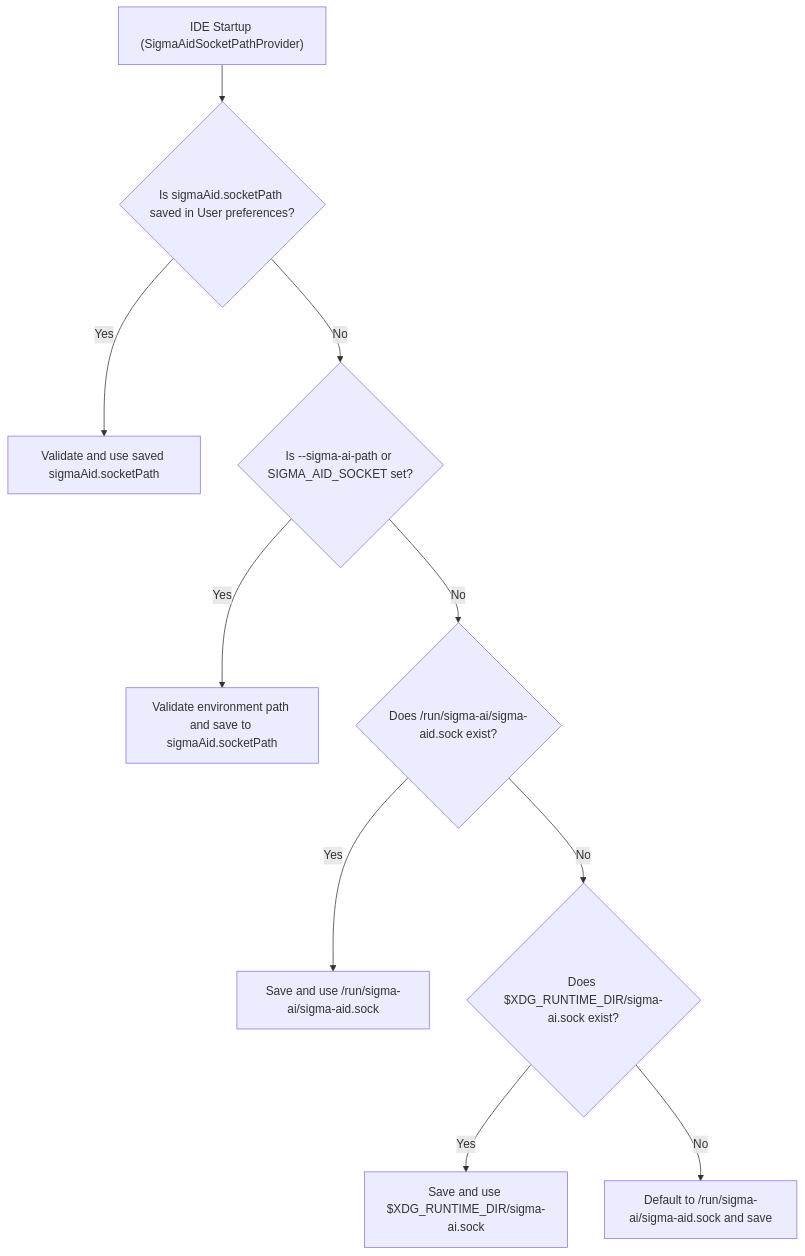
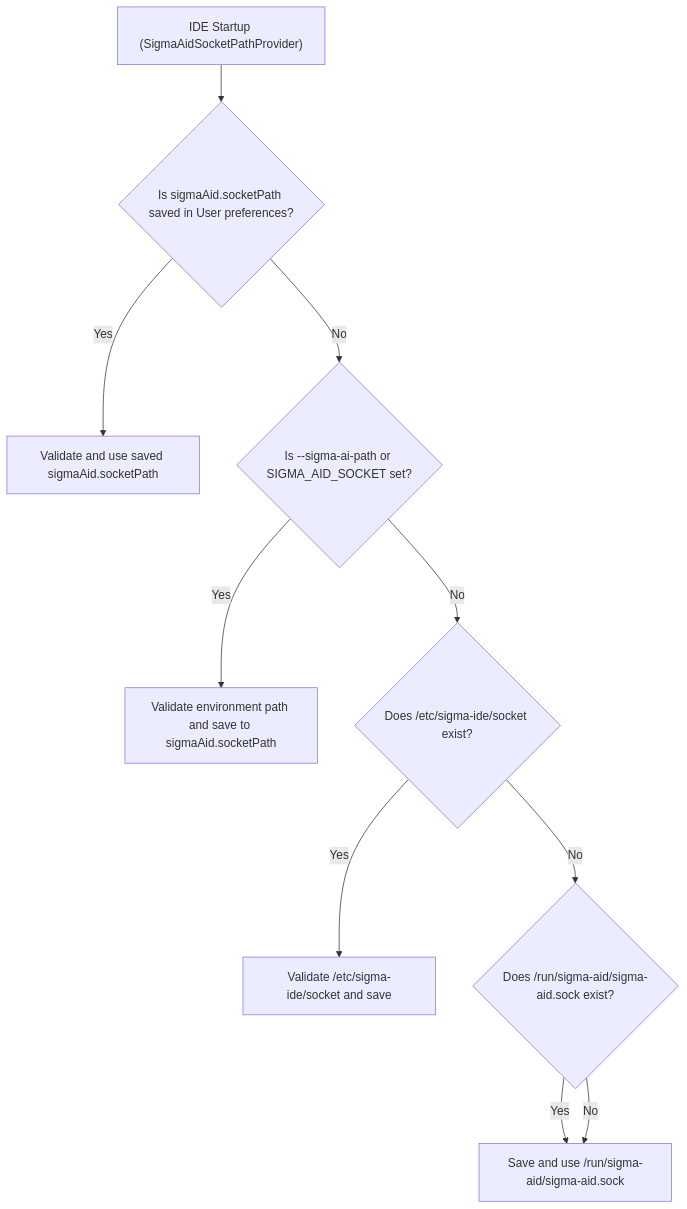
Before and after one commit to vargalabs/docs: the diagram in content/sigma-ide/install-and-run.md, drawn with Mermaid. The commit also changed other lines of this file and 24 other files, not shown here.

Commit message:
[no-issue]:svarga:docs, migrate exploratory product family documentation and architecture pages to dev

````diff
--- a/content/sigma-ide/install-and-run.md
+++ b/content/sigma-ide/install-and-run.md
@@ -66,23 +45,22 @@
 ```mermaid
 flowchart TD
     Start["IDE Startup (SigmaAidSocketPathProvider)"]
     Stored{"Is sigmaAid.socketPath saved in User preferences?"}
     UseStored["Validate and use saved sigmaAid.socketPath"]
     EnvCheck{"Is --sigma-ai-path or SIGMA_AID_SOCKET set?"}
     UseEnv["Validate environment path and save to sigmaAid.socketPath"]
-    SysCheck{"Does /run/sigma-ai/sigma-aid.sock exist?"}
-    UseSys["Save and use /run/sigma-ai/sigma-aid.sock"]
-    UserCheck{"Does $XDG_RUNTIME_DIR/sigma-ai.sock exist?"}
-    UseUser["Save and use $XDG_RUNTIME_DIR/sigma-ai.sock"]
-    Fallback["Default to /run/sigma-ai/sigma-aid.sock and save"]
+    DropIn{"Does /etc/sigma-ide/socket exist?"}
+    UseDropIn["Validate /etc/sigma-ide/socket and save"]
+    SysCheck{"Does /run/sigma-aid/sigma-aid.sock exist?"}
+    UseSys["Save and use /run/sigma-aid/sigma-aid.sock"]
 
     Start --> Stored
     Stored -->|"Yes"| UseStored
     Stored -->|"No"| EnvCheck
     EnvCheck -->|"Yes"| UseEnv
-    EnvCheck -->|"No"| SysCheck
+    EnvCheck -->|"No"| DropIn
+    DropIn -->|"Yes"| UseDropIn
+    DropIn -->|"No"| SysCheck
     SysCheck -->|"Yes"| UseSys
-    SysCheck -->|"No"| UserCheck
-    UserCheck -->|"Yes"| UseUser
-    UserCheck -->|"No"| Fallback
+    SysCheck -->|"No"| UseSys
 ```
````
